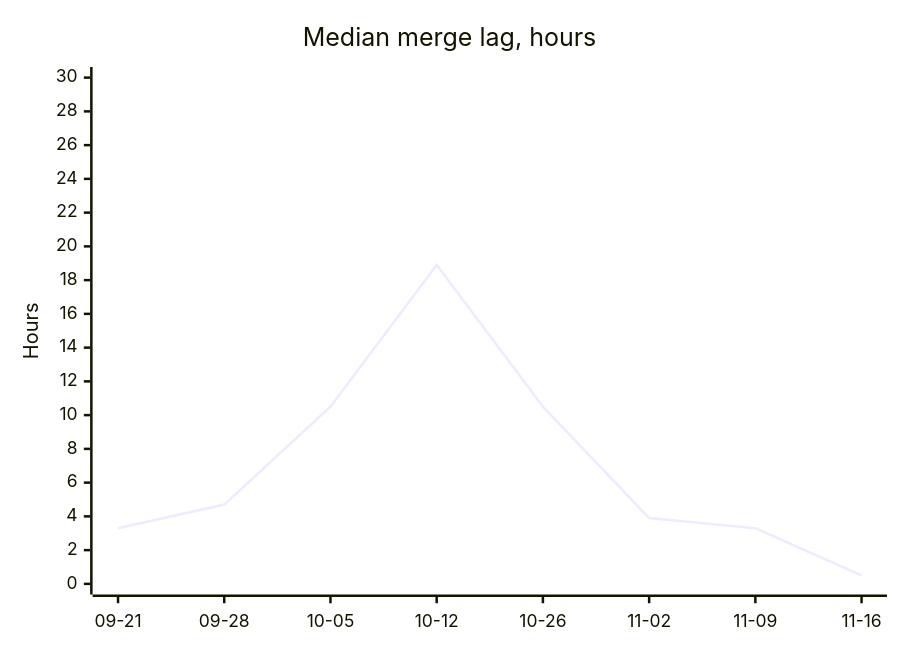
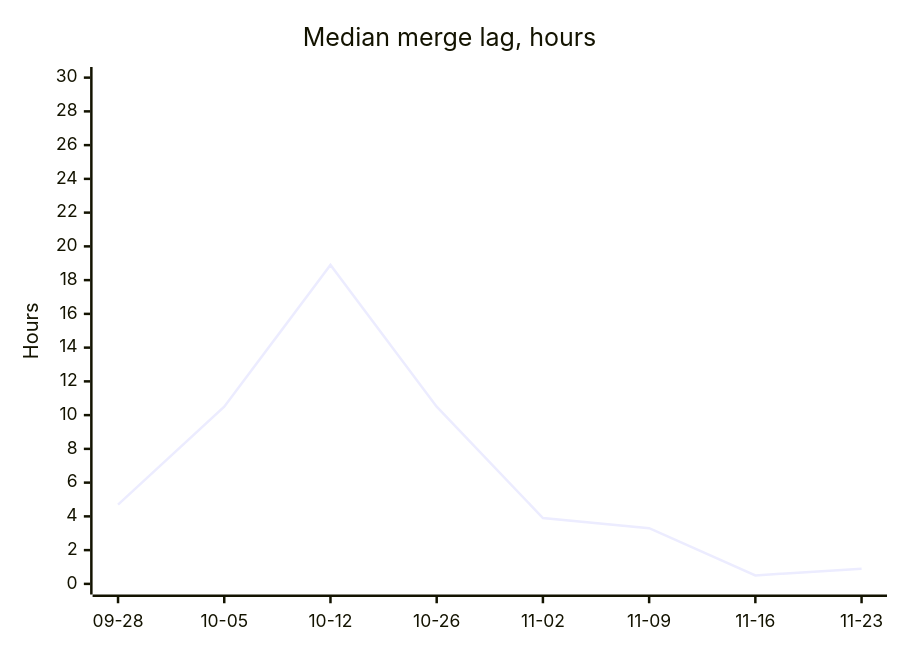
The second of 3 diagrams in project-pulse.md (sipyourdrink-ltd/bernstein), drawn with Mermaid before and after one commit. The commit also changed other lines of this file and 4 other files, not shown here.

````diff
--- a/project-pulse.md
+++ b/project-pulse.md
@@ -26,7 +26,7 @@
 ```mermaid
 xychart-beta
     title "Median merge lag, hours"
-    x-axis ["09-21", "09-28", "10-05", "10-12", "10-26", "11-02", "11-09", "11-16"]
+    x-axis ["09-28", "10-05", "10-12", "10-26", "11-02", "11-09", "11-16", "11-23"]
     y-axis "Hours" 0 --> 30
-    line [3.3, 4.7, 10.5, 18.9, 10.5, 3.9, 3.3, 0.5]
+    line [4.7, 10.5, 18.9, 10.5, 3.9, 3.3, 0.5, 0.9]
 ```
````
